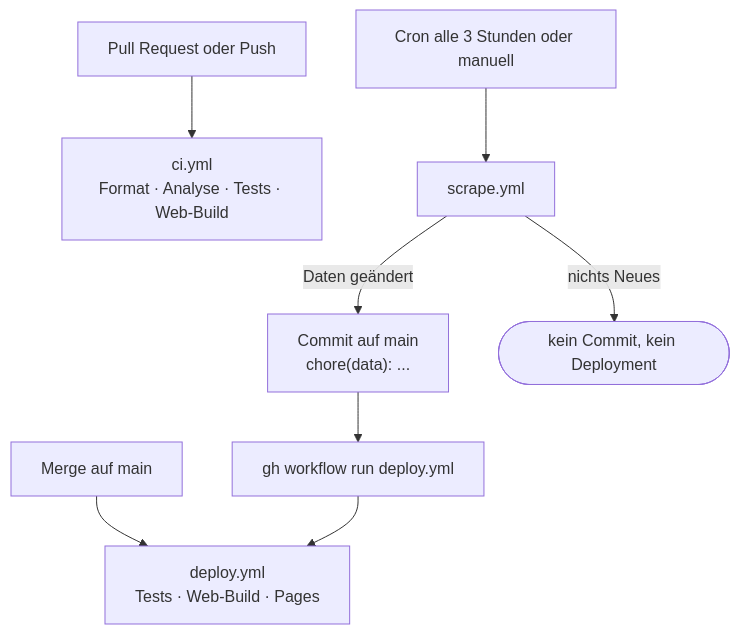
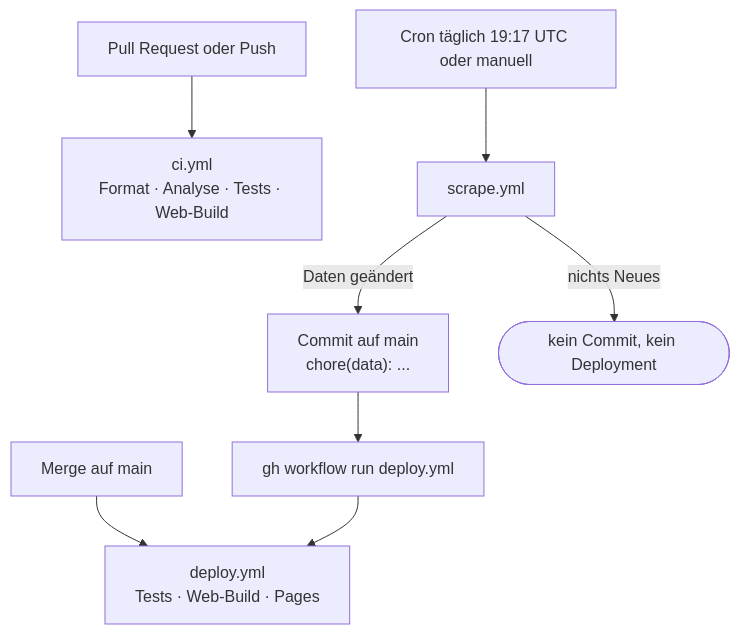
The second of 5 diagrams in README.md (michaelsandner/council), drawn with Mermaid before and after one commit. The commit also changed other lines of this file and 1 other file, not shown here.

First line of the commit message:
ci(scrape): refresh the council data once a day at US midday

````diff
--- a/README.md
+++ b/README.md
@@ -50,10 +50,10 @@
 ```mermaid
 flowchart TD
     PR["Pull Request oder Push"] --> CI["ci.yml<br/>Format · Analyse · Tests · Web-Build"]
     MERGE["Merge auf main"] --> DEP["deploy.yml<br/>Tests · Web-Build · Pages"]
-    CRON["Cron alle 3 Stunden oder manuell"] --> SCR["scrape.yml"]
+    CRON["Cron täglich 19:17 UTC oder manuell"] --> SCR["scrape.yml"]
     SCR -->|"Daten geändert"| COMMIT["Commit auf main<br/>chore(data): ..."]
     COMMIT --> DISPATCH["gh workflow run deploy.yml"]
     DISPATCH --> DEP
     SCR -->|"nichts Neues"| IDLE(["kein Commit, kein Deployment"])
 ```
````
